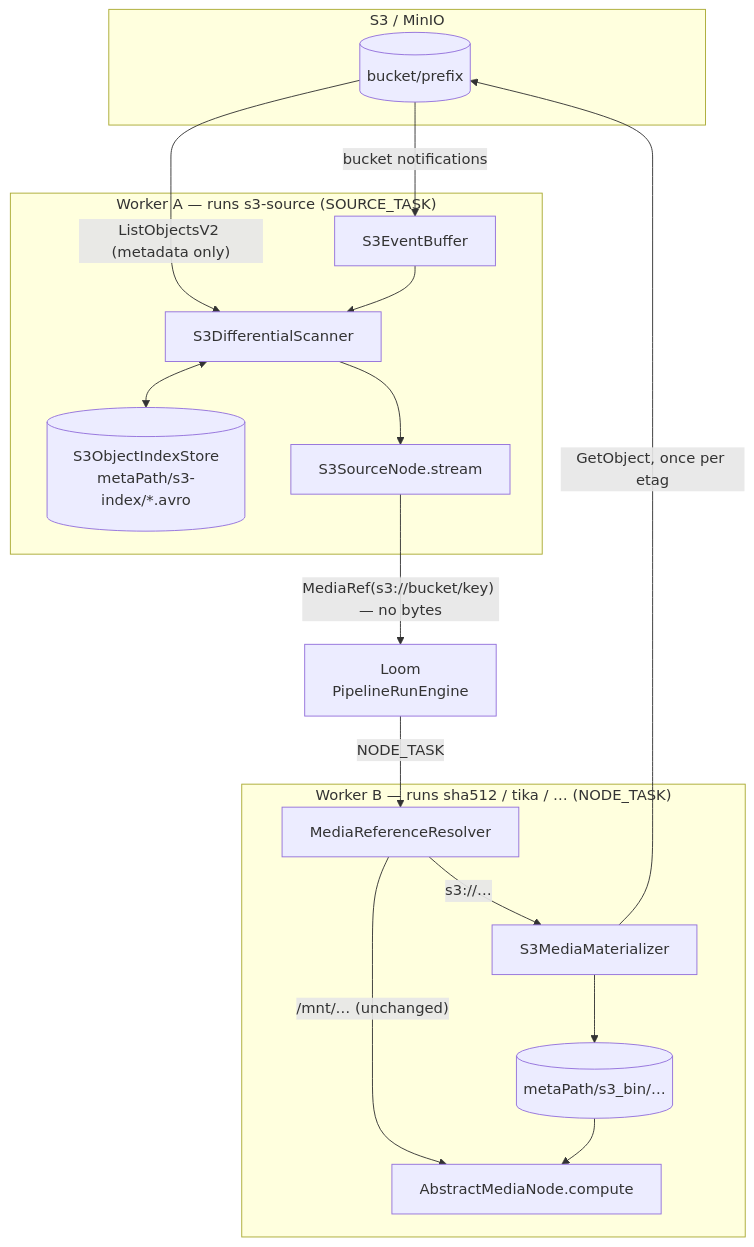
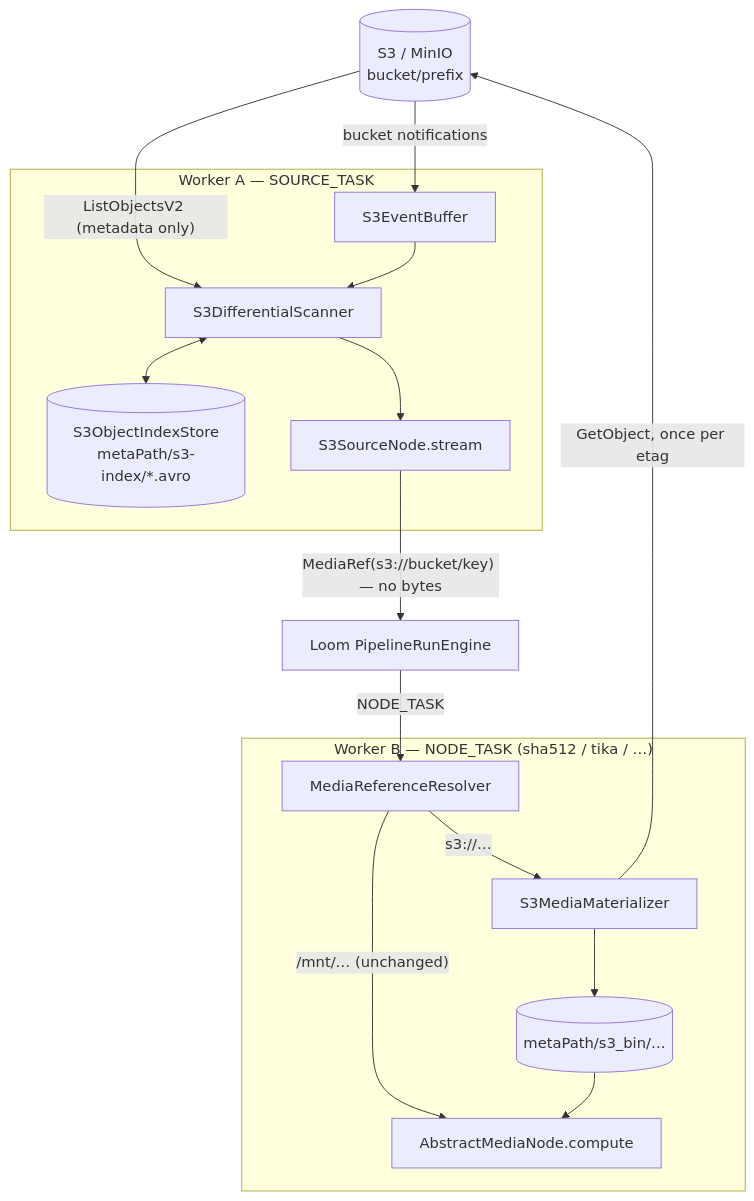
One commit to metaloom/metaloom changed the diagram in spec/features/pipeline-nodes/NODE_S3SOURCE_PLAN.md. Above: the diagram before and after it, drawn with Mermaid. The commit also changed other lines of this file and 53 other files, not shown here.

````diff
--- a/spec/features/pipeline-nodes/NODE_S3SOURCE_PLAN.md
+++ b/spec/features/pipeline-nodes/NODE_S3SOURCE_PLAN.md
@@ -82,32 +75,30 @@
 ```mermaid
 flowchart TB
-    subgraph S3["S3 / MinIO"]
-        OBJ[(bucket/prefix)]
-    end
+    OBJ[("S3 / MinIO<br/>bucket/prefix")]
 
-    subgraph WA["Worker A — runs s3-source (SOURCE_TASK)"]
+    subgraph WA["Worker A — SOURCE_TASK"]
         SCAN[S3DifferentialScanner]
         IDX[(S3ObjectIndexStore<br/>metaPath/s3-index/*.avro)]
         BUF[S3EventBuffer]
         NODE[S3SourceNode.stream]
     end
 
-    subgraph WB["Worker B — runs sha512 / tika / … (NODE_TASK)"]
+    subgraph WB["Worker B — NODE_TASK (sha512 / tika / …)"]
         RES[MediaReferenceResolver]
         MAT[S3MediaMaterializer]
         CACHE[(metaPath/s3_bin/…)]
         PROC[AbstractMediaNode.compute]
     end
 
     OBJ -- "ListObjectsV2 (metadata only)" --> SCAN
     OBJ -- "bucket notifications" --> BUF
     BUF --> SCAN
     SCAN <--> IDX
     SCAN --> NODE
-    NODE -- "MediaRef(s3://bucket/key) — no bytes" --> LOOM[Loom<br/>PipelineRunEngine]
+    NODE -- "MediaRef(s3://bucket/key) — no bytes" --> LOOM[Loom PipelineRunEngine]
     LOOM -- "NODE_TASK" --> RES
     RES -- "s3://…" --> MAT
     RES -- "/mnt/… (unchanged)" --> PROC
     MAT -- "GetObject, once per etag" --> OBJ
     MAT --> CACHE --> PROC
 ```
````
